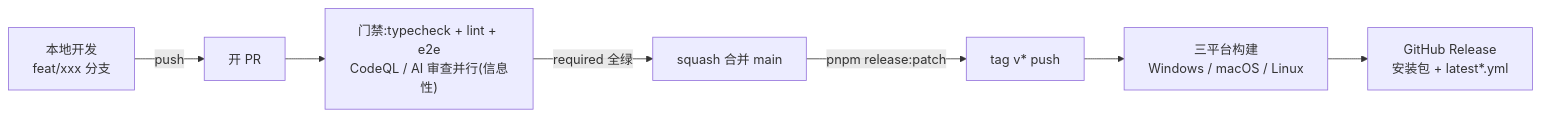
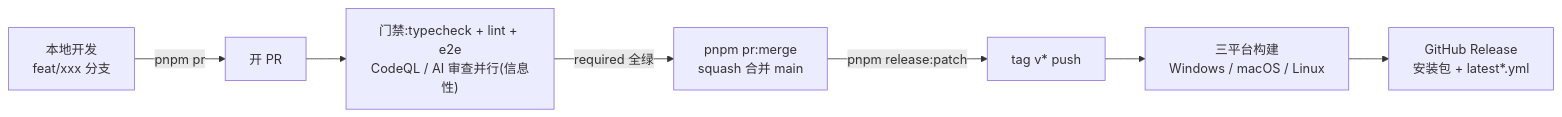
The diagram in .github/CICD.md (BanShan-Alec/electron-react-monorepo-template), drawn with Mermaid before and after one commit. The commit also changed other lines of this file and 5 other files, not shown here.

````diff
--- a/.github/CICD.md
+++ b/.github/CICD.md
@@ -97,9 +115,9 @@
 ```mermaid
 flowchart LR
-  A["本地开发<br/>feat/xxx 分支"] -->|"push"| B["开 PR"]
+  A["本地开发<br/>feat/xxx 分支"] -->|"pnpm pr"| B["开 PR"]
   B --> C["门禁:typecheck + lint + e2e<br/>CodeQL / AI 审查并行(信息性)"]
-  C -->|"required 全绿"| D["squash 合并 main"]
+  C -->|"required 全绿"| D["pnpm pr:merge<br/>squash 合并 main"]
   D -->|"pnpm release:patch"| E["tag v* push"]
   E --> F["三平台构建<br/>Windows / macOS / Linux"]
   F --> G["GitHub Release<br/>安装包 + latest*.yml"]
 ```
````
